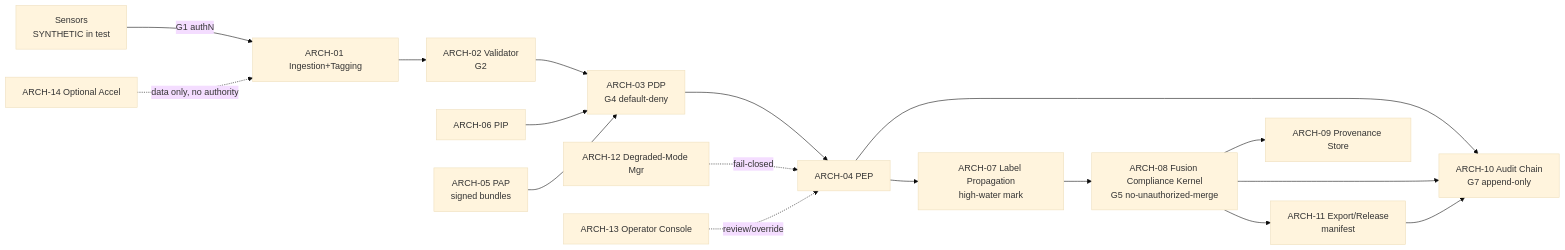
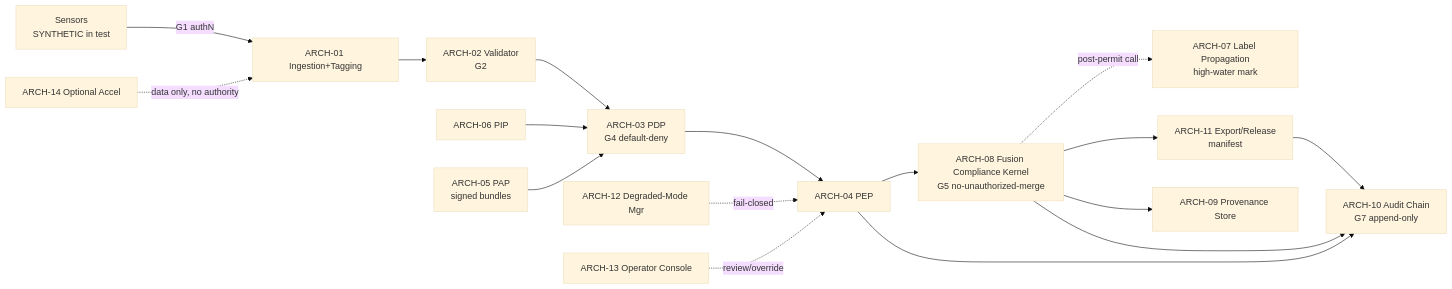
Before and after one commit to Olatomiwaola/sahtune-fusion-fce: the diagram in docs/04_software-architecture-and-trust-boundaries.md, drawn with Mermaid (base theme). The commit also changed other lines of this file and 6 other files, not shown here.

Commit message:
M5 Sprint 9 fusion-kernel architecture

````diff
--- a/docs/04_software-architecture-and-trust-boundaries.md
+++ b/docs/04_software-architecture-and-trust-boundaries.md
@@ -50,20 +56,20 @@
 ```mermaid
 flowchart LR
   S[Sensors\nSYNTHETIC in test] -->|G1 authN| ING[ARCH-01 Ingestion+Tagging]
   ING --> VAL[ARCH-02 Validator\nG2]
   VAL --> PDP[ARCH-03 PDP\nG4 default-deny]
   PIP[ARCH-06 PIP] --> PDP
   PAP[ARCH-05 PAP\nsigned bundles] --> PDP
   PDP --> PEP[ARCH-04 PEP]
-  PEP --> LBL[ARCH-07 Label Propagation\nhigh-water mark]
-  LBL --> KRN[ARCH-08 Fusion Compliance Kernel\nG5 no-unauthorized-merge]
+  PEP --> KRN[ARCH-08 Fusion Compliance Kernel\nG5 no-unauthorized-merge]
+  KRN -. post-permit call .-> LBL[ARCH-07 Label Propagation\nhigh-water mark]
   KRN --> EXP[ARCH-11 Export/Release\nmanifest]
   KRN --> PRV[ARCH-09 Provenance Store]
   PEP --> AUD[ARCH-10 Audit Chain\nG7 append-only]
   KRN --> AUD
   EXP --> AUD
   DMM[ARCH-12 Degraded-Mode Mgr] -.fail-closed.-> PEP
   OPS[ARCH-13 Operator Console] -.review/override.-> PEP
   ACC[ARCH-14 Optional Accel] -.data only, no authority.-> ING
   classDef tb stroke-dasharray:4 3;
 ```
````
